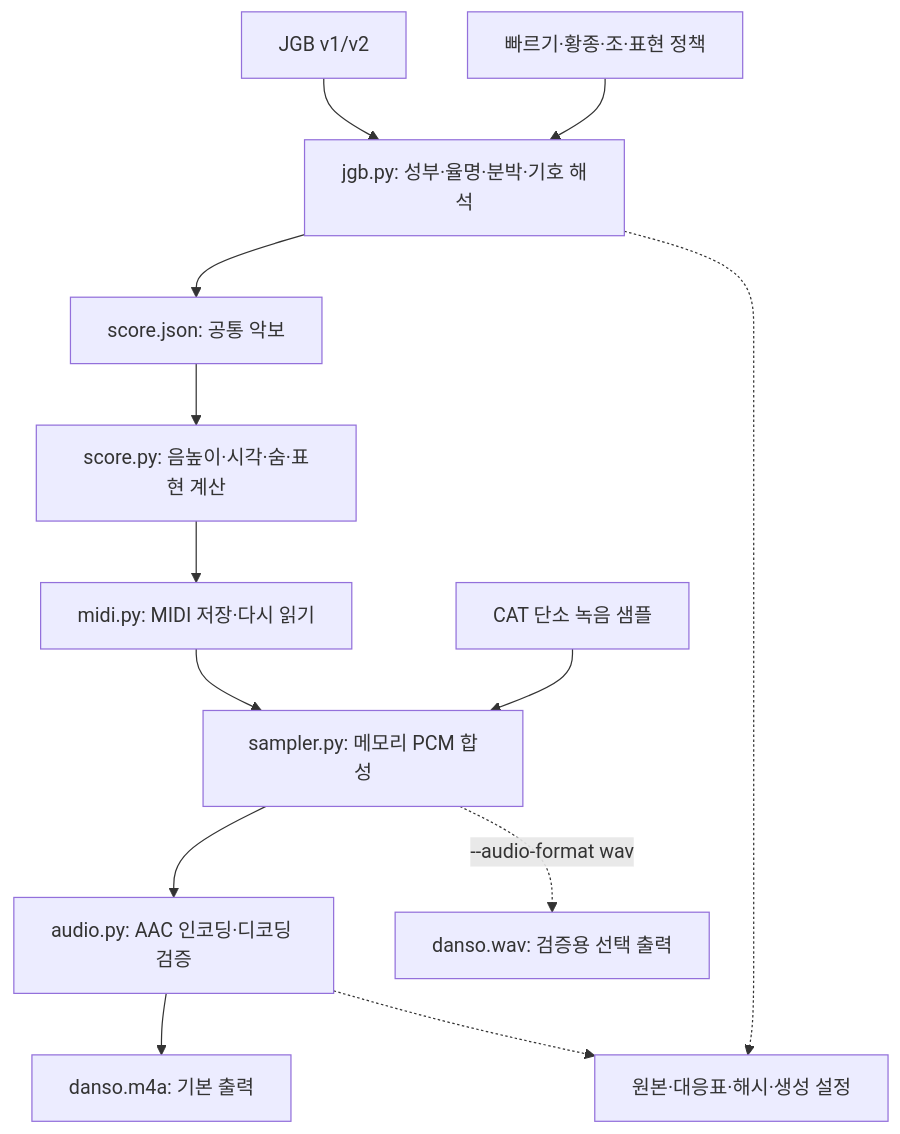
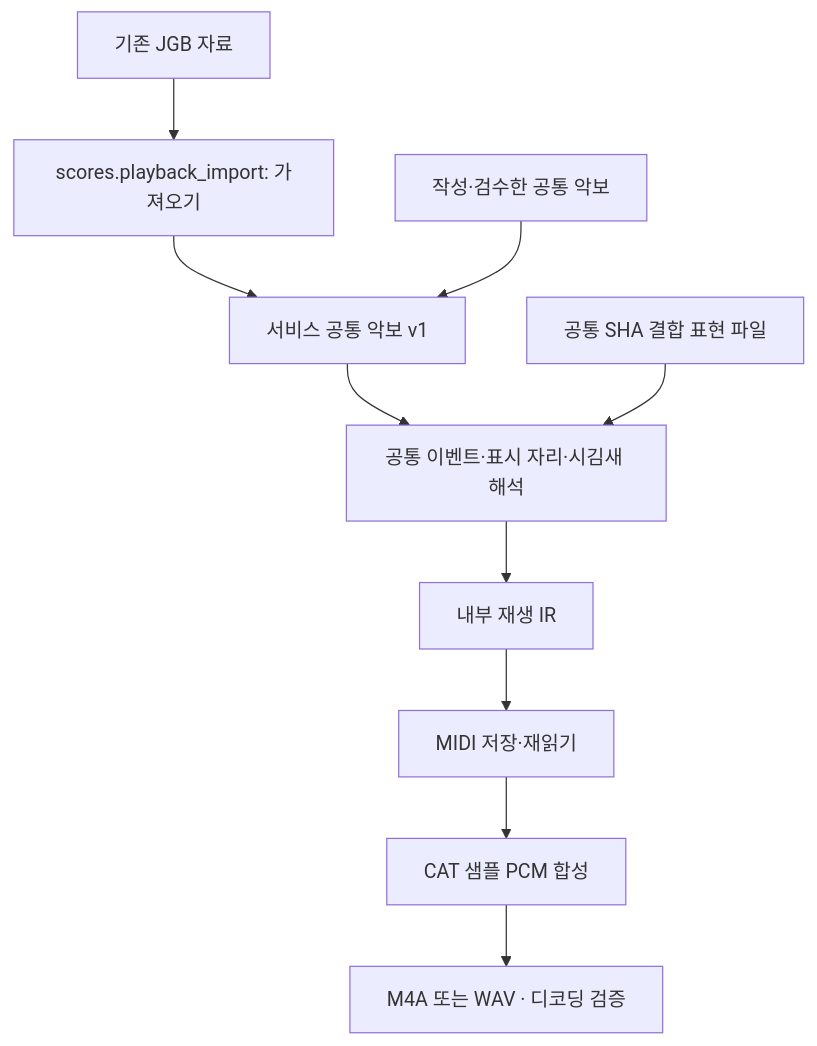
One commit to Eolssu-Edo/eolssu changed the diagram in data/src/playback/README.md. Above: the diagram before and after it, drawn with Mermaid. The commit also changed other lines of this file and 3 other files, not shown here.

````diff
--- a/data/src/playback/README.md
+++ b/data/src/playback/README.md
@@ -7,15 +7,12 @@
 ```mermaid
 flowchart TD
-    jgb["JGB v1/v2"] --> parse["jgb.py: 성부·율명·분박·기호 해석"]
-    settings["빠르기·황종·조·표현 정책"] --> parse
-    parse --> score["score.json: 공통 악보"]
-    score --> events["score.py: 음높이·시각·숨·표현 계산"]
-    events --> midi["midi.py: MIDI 저장·다시 읽기"]
-    midi --> pcm["sampler.py: 메모리 PCM 합성"]
-    samples["CAT 단소 녹음 샘플"] --> pcm
-    pcm --> aac["audio.py: AAC 인코딩·디코딩 검증"]
-    aac --> m4a["danso.m4a: 기본 출력"]
-    pcm -. "--audio-format wav" .-> wav["danso.wav: 검증용 선택 출력"]
-    parse -.-> trace["원본·대응표·해시·생성 설정"]
-    aac -.-> trace
+    jgb["기존 JGB 자료"] --> importer["scores.playback_import: 가져오기"]
+    importer --> common["서비스 공통 악보 v1"]
+    authored["작성·검수한 공통 악보"] --> common
+    common --> compiler["공통 이벤트·표시 자리·시김새 해석"]
+    expressions["공통 SHA 결합 표현 파일"] --> compiler
+    compiler --> ir["내부 재생 IR"]
+    ir --> midi["MIDI 저장·재읽기"]
+    midi --> pcm["CAT 샘플 PCM 합성"]
+    pcm --> audio["M4A 또는 WAV · 디코딩 검증"]
 ```
````
